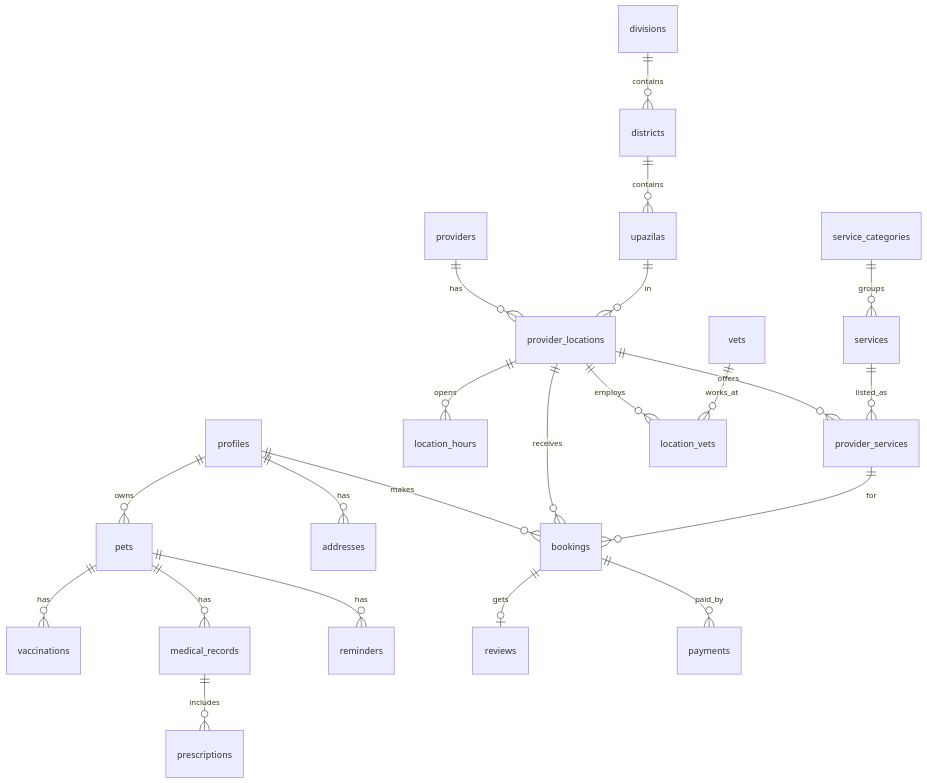
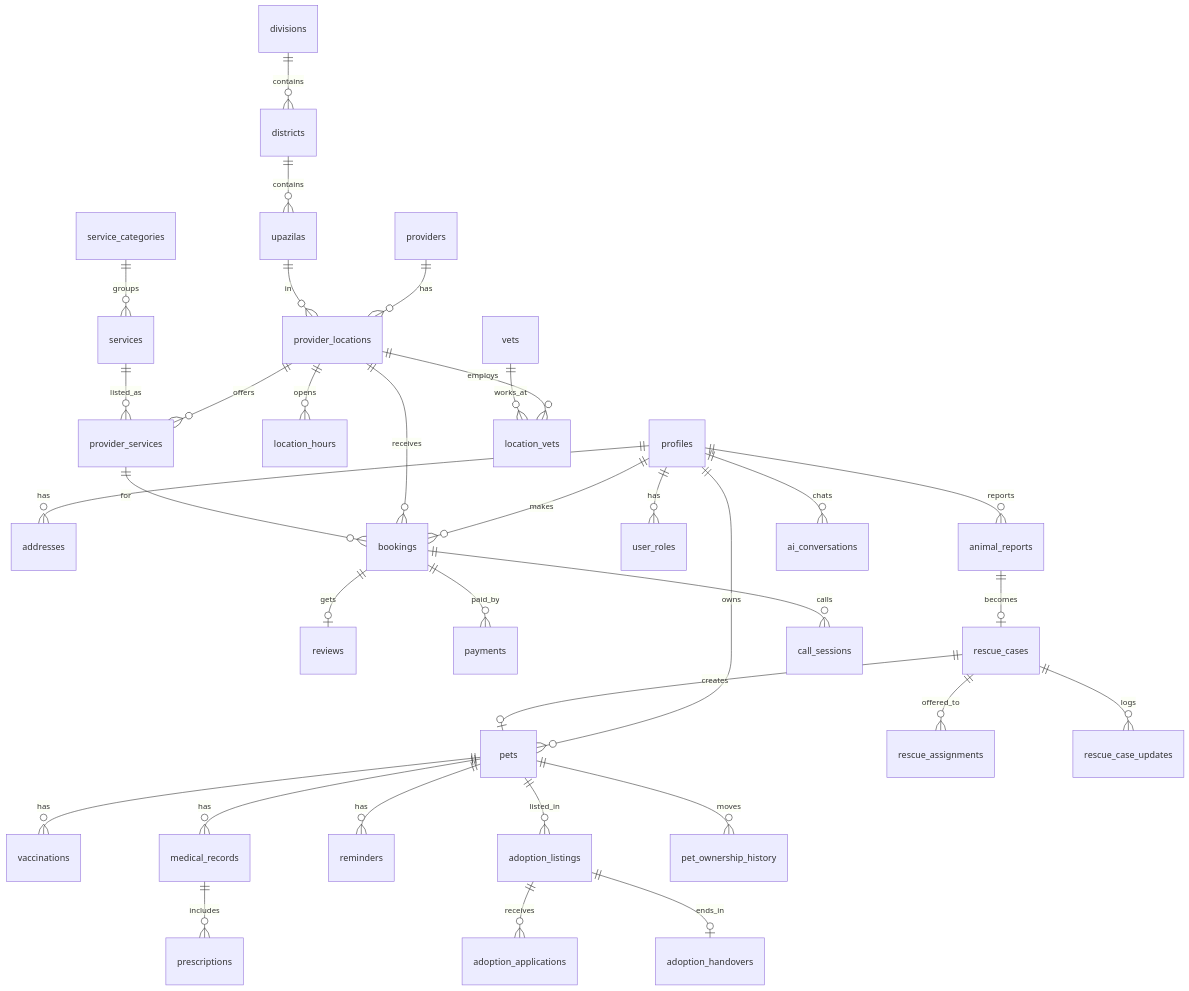
One commit to afridi2003-maverick/Pranora changed the diagram in docs/schema.md. Above: the diagram before and after it, drawn with Mermaid. The commit also changed other lines of this file and 9 other files, not shown here.

````diff
--- a/docs/schema.md
+++ b/docs/schema.md
@@ -722,24 +1058,36 @@
 ```mermaid
 erDiagram
   profiles ||--o{ pets : owns
   profiles ||--o{ addresses : has
   profiles ||--o{ bookings : makes
   pets ||--o{ vaccinations : has
   pets ||--o{ medical_records : has
   pets ||--o{ reminders : has
   medical_records ||--o{ prescriptions : includes
   providers ||--o{ provider_locations : has
   provider_locations ||--o{ location_hours : opens
   provider_locations ||--o{ provider_services : offers
   services ||--o{ provider_services : listed_as
   service_categories ||--o{ services : groups
   provider_locations ||--o{ location_vets : employs
   vets ||--o{ location_vets : works_at
   provider_locations ||--o{ bookings : receives
   provider_services ||--o{ bookings : for
   bookings ||--o| reviews : gets
   bookings ||--o{ payments : paid_by
   upazilas ||--o{ provider_locations : in
   districts ||--o{ upazilas : contains
   divisions ||--o{ districts : contains
+  profiles ||--o{ user_roles : has
+  profiles ||--o{ animal_reports : reports
+  animal_reports ||--o| rescue_cases : becomes
+  rescue_cases ||--o{ rescue_assignments : offered_to
+  rescue_cases ||--o{ rescue_case_updates : logs
+  rescue_cases ||--o| pets : creates
+  pets ||--o{ adoption_listings : listed_in
+  adoption_listings ||--o{ adoption_applications : receives
+  adoption_listings ||--o| adoption_handovers : ends_in
+  pets ||--o{ pet_ownership_history : moves
+  profiles ||--o{ ai_conversations : chats
+  bookings ||--o{ call_sessions : calls
 ```
````
